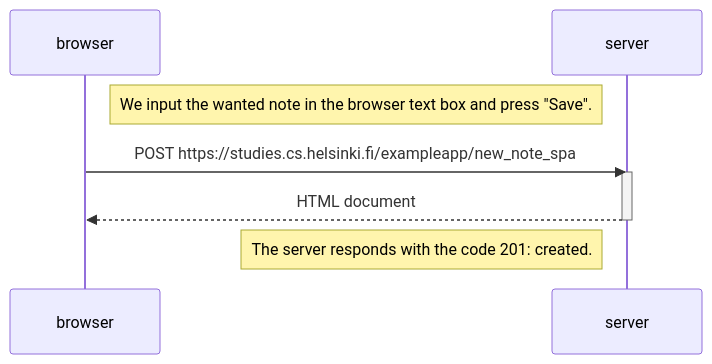
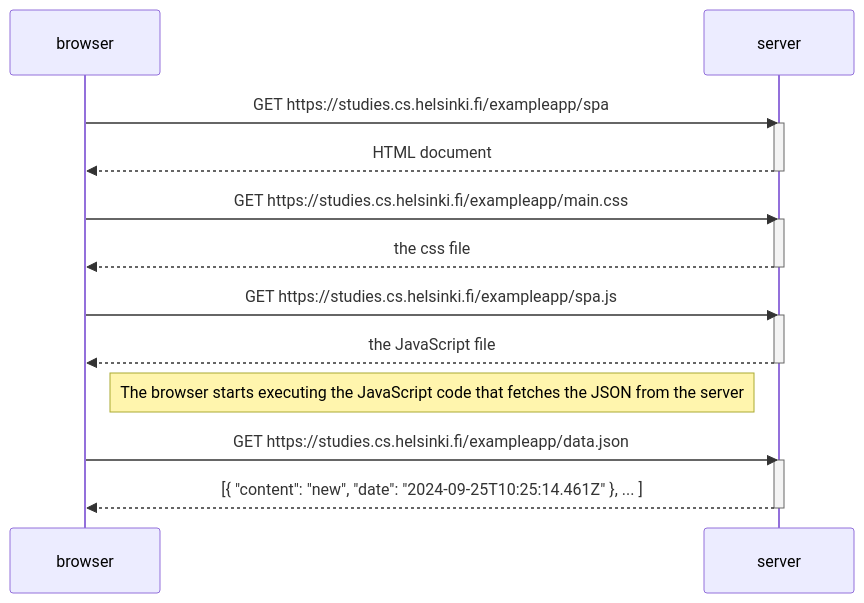
The diagram in part 0/diagramSinglePage.md (karlo-kormanic/Fullstack_open), drawn with Mermaid before and after one commit. The commit also changed 1 other file, not shown here.

Commit message:
renamed SinglePage diagram to new note and added state on 1st load Single page diagram file

````diff
--- a/part 0/diagramSinglePage.md
+++ b/part 0/diagramSinglePage.md
@@ -1,14 +1,27 @@
 ```mermaid
   sequenceDiagram
     participant browser
     participant server
 
-    Note right of browser: We input the wanted note in the browser text box and press "Save".
-    
-    browser->>server: POST https://studies.cs.helsinki.fi/exampleapp/new_note_spa
+    browser->>server: GET https://studies.cs.helsinki.fi/exampleapp/spa
     activate server
     server-->>browser: HTML document
     deactivate server
 
-    Note left of server: The server responds with the code 201: created.
+    browser->>server: GET https://studies.cs.helsinki.fi/exampleapp/main.css
+    activate server
+    server-->>browser: the css file
+    deactivate server
+
+    browser->>server: GET https://studies.cs.helsinki.fi/exampleapp/spa.js
+    activate server
+    server-->>browser: the JavaScript file
+    deactivate server
+
+    Note right of browser: The browser starts executing the JavaScript code that fetches the JSON from the server
+
+    browser->>server: GET https://studies.cs.helsinki.fi/exampleapp/data.json
+    activate server
+    server-->>browser: [{ "content": "new", "date": "2024-09-25T10:25:14.461Z" }, ... ]
+    deactivate server
 ```
````
